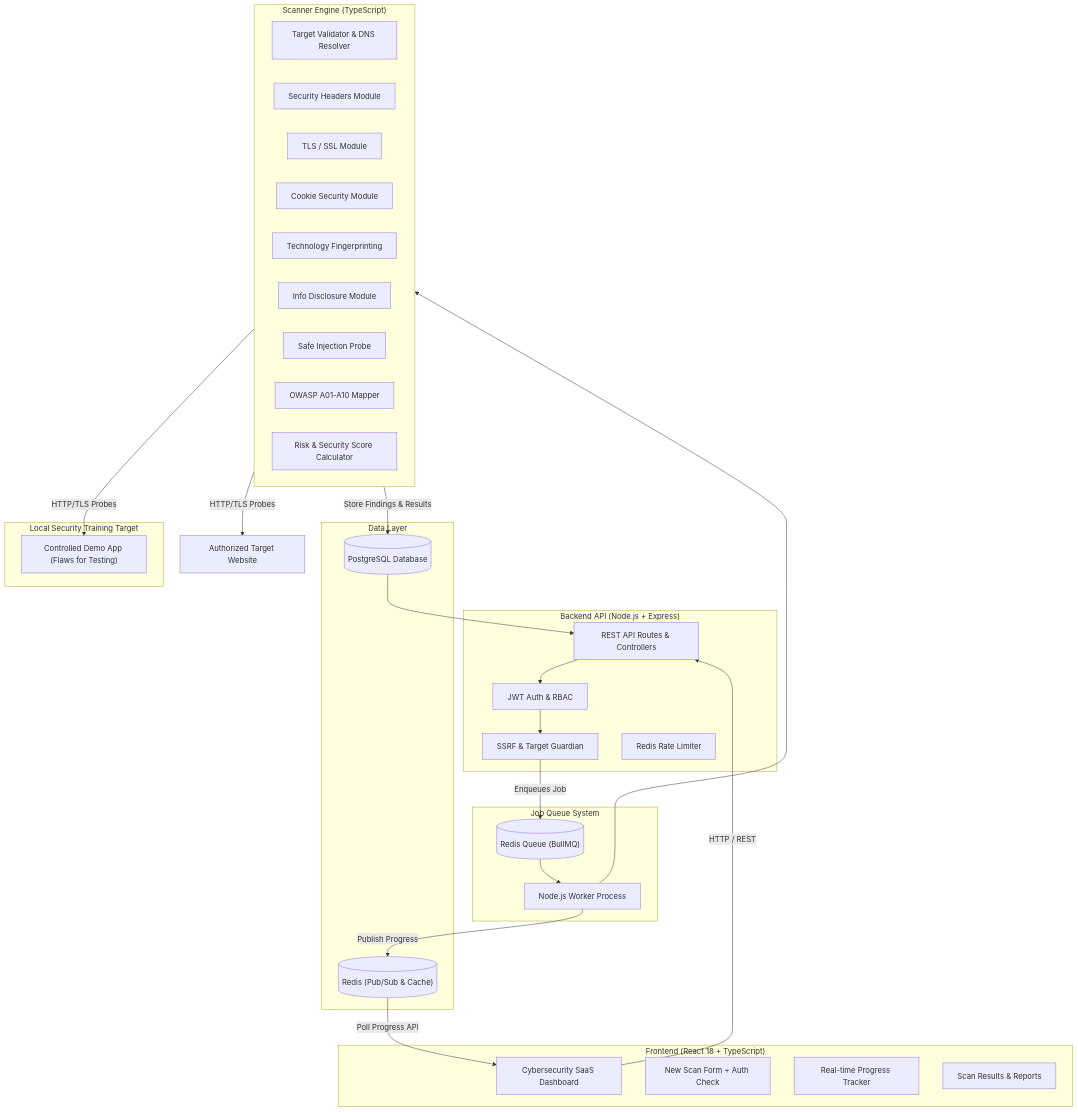
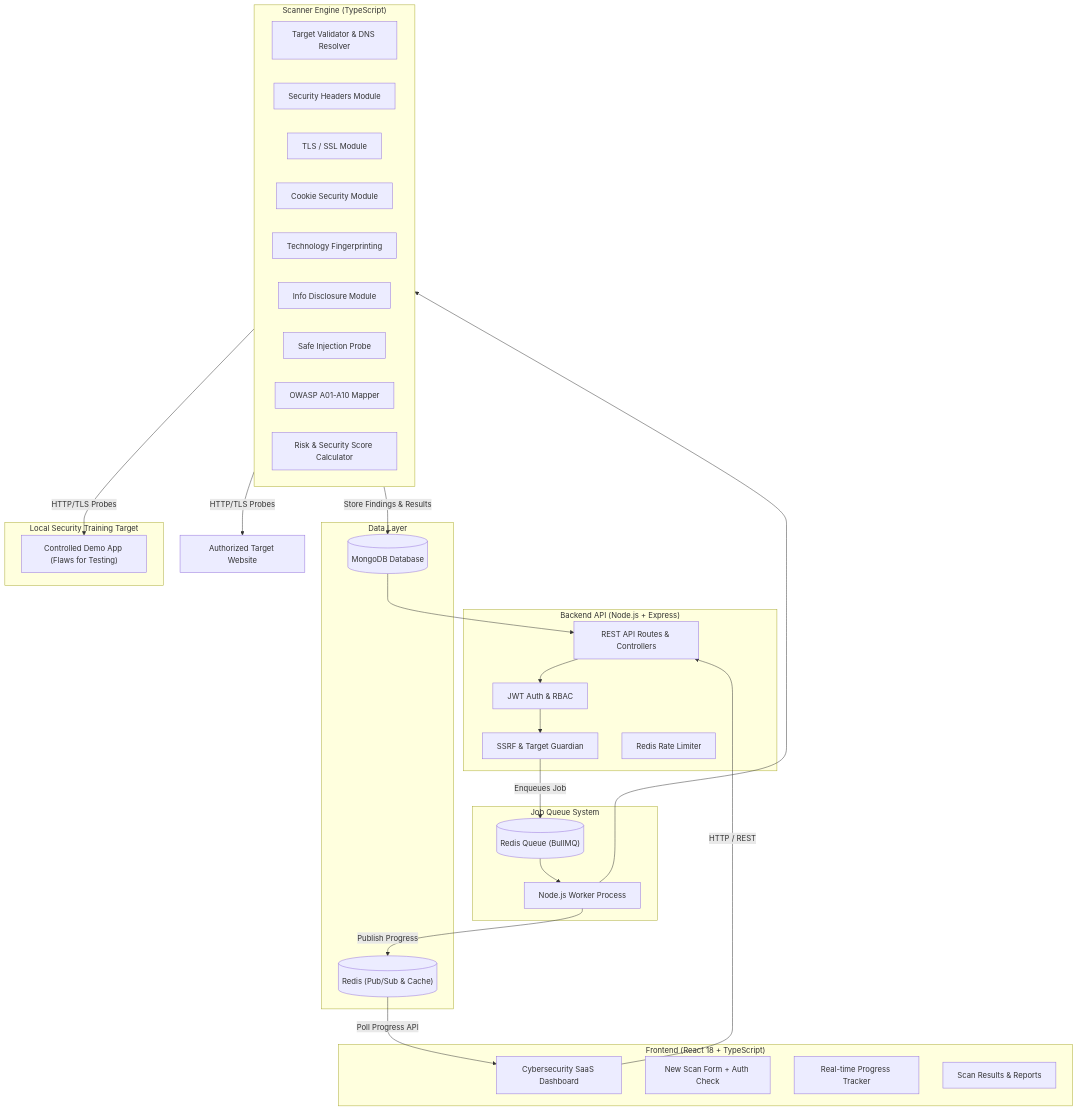
Before and after one commit to hemanth-1188/websentinal: the diagram in README.md, drawn with Mermaid. The commit also changed other lines of this file and 12 other files, not shown here.

Commit message:
Migrate database from PostgreSQL to MongoDB 7.0 and update orchestration

````diff
--- a/README.md
+++ b/README.md
@@ -9,55 +9,55 @@
 ```mermaid
 flowchart TB
     subgraph Client ["Frontend (React 18 + TypeScript)"]
         UI["Cybersecurity SaaS Dashboard"]
         ScanForm["New Scan Form + Auth Check"]
         LiveView["Real-time Progress Tracker"]
         ReportView["Scan Results & Reports"]
     end
 
     subgraph API ["Backend API (Node.js + Express)"]
         Router["REST API Routes & Controllers"]
         AuthMiddleware["JWT Auth & RBAC"]
         SSRFGuardian["SSRF & Target Guardian"]
         RateLimiter["Redis Rate Limiter"]
     end
 
     subgraph JobSystem ["Job Queue System"]
         RedisQueue[("Redis Queue (BullMQ)")]
         ScanWorker["Node.js Worker Process"]
     end
 
     subgraph ScannerEngine ["Scanner Engine (TypeScript)"]
         TargetVal["Target Validator & DNS Resolver"]
         HeadersScan["Security Headers Module"]
         TLSScan["TLS / SSL Module"]
         CookieScan["Cookie Security Module"]
         TechScan["Technology Fingerprinting"]
         DisclosureScan["Info Disclosure Module"]
         InjectionScan["Safe Injection Probe"]
         OWASPEngine["OWASP A01-A10 Mapper"]
         RiskEngine["Risk & Security Score Calculator"]
     end
 
     subgraph Storage ["Data Layer"]
-        Postgres[("PostgreSQL Database")]
+        MongoDB[("MongoDB Database")]
         RedisCache[("Redis (Pub/Sub & Cache)")]
     end
 
     subgraph DemoTarget ["Local Security Training Target"]
         VulnerableApp["Controlled Demo App (Flaws for Testing)"]
     end
 
     UI -->|HTTP / REST| Router
     Router --> AuthMiddleware
     AuthMiddleware --> SSRFGuardian
     SSRFGuardian -->|Enqueues Job| RedisQueue
     RedisQueue --> ScanWorker
     ScanWorker --> ScannerEngine
     ScannerEngine -->|HTTP/TLS Probes| VulnerableApp
     ScannerEngine -->|HTTP/TLS Probes| ExternalTarget["Authorized Target Website"]
-    ScannerEngine -->|Store Findings & Results| Postgres
+    ScannerEngine -->|Store Findings & Results| MongoDB
     ScanWorker -->|Publish Progress| RedisCache
     RedisCache -->|Poll Progress API| UI
-    Postgres --> Router
+    MongoDB --> Router
 ```
````
